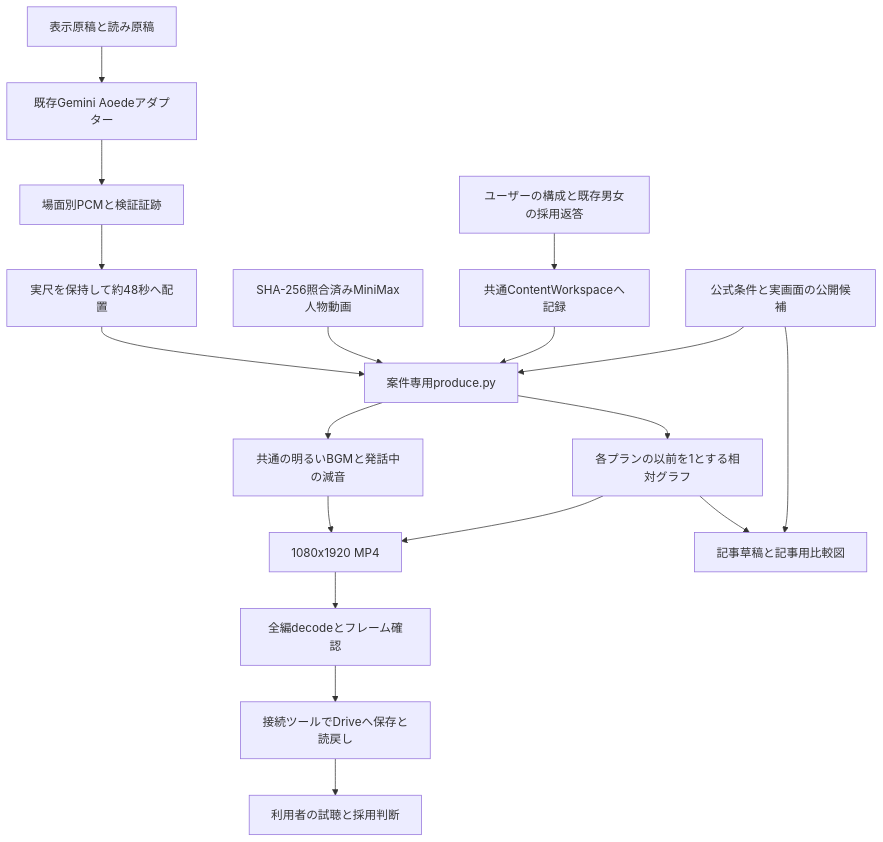
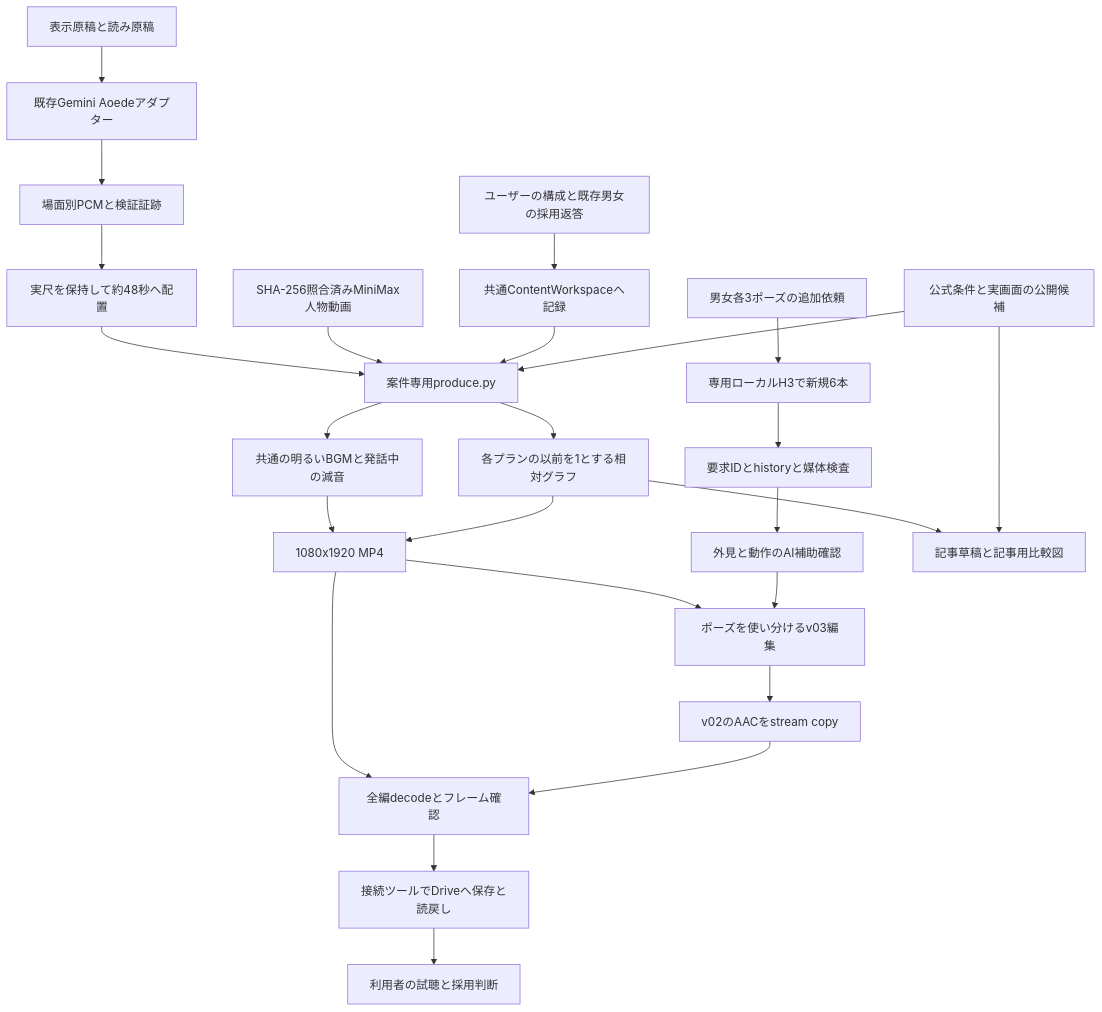
The diagram in productions/content-projects/CONTENT_20261030_chatgpt_pro_usage_news/ARCHITECTURE_DIAGRAM.md (benriworks/MiniMax-H3), drawn with Mermaid before and after one commit. The commit also changed 12 other files, not shown here.

Commit message:
feat: prepare six new H3 reactions and guarded video revision

````diff
--- a/productions/content-projects/CONTENT_20261030_chatgpt_pro_usage_news/ARCHITECTURE_DIAGRAM.md
+++ b/productions/content-projects/CONTENT_20261030_chatgpt_pro_usage_news/ARCHITECTURE_DIAGRAM.md
@@ -3,20 +3,27 @@
 ```mermaid
 flowchart TD
     Approval[ユーザーの構成と既存男女の採用返答] --> Workspace[共通ContentWorkspaceへ記録]
     Sources[公式条件と実画面の公開候補] --> Driver[案件専用produce.py]
     Workspace --> Driver
     OldMotion[SHA-256照合済みMiniMax人物動画] --> Driver
+    PoseRequest[男女各3ポーズの追加依頼] --> LocalH3[専用ローカルH3で新規6本]
+    LocalH3 --> PoseProof[要求IDとhistoryと媒体検査]
+    PoseProof --> PoseReview[外見と動作のAI補助確認]
+    PoseReview --> Revision[ポーズを使い分けるv03編集]
+    Video --> Revision
+    Revision --> AudioCopy[v02のAACをstream copy]
+    AudioCopy --> QC
     Transcript[表示原稿と読み原稿] --> TTS[既存Gemini Aoedeアダプター]
     TTS --> PCM[場面別PCMと検証証跡]
     PCM --> Timeline[実尺を保持して約48秒へ配置]
     Timeline --> Driver
     Driver --> Chart[各プランの以前を1とする相対グラフ]
     Driver --> Mix[共通の明るいBGMと発話中の減音]
     Chart --> Video[1080x1920 MP4]
     Mix --> Video
     Video --> QC[全編decodeとフレーム確認]
     QC --> Drive[接続ツールでDriveへ保存と読戻し]
     Drive --> Human[利用者の試聴と採用判断]
     Sources --> Article[記事草稿と記事用比較図]
     Chart --> Article
 ```
````
